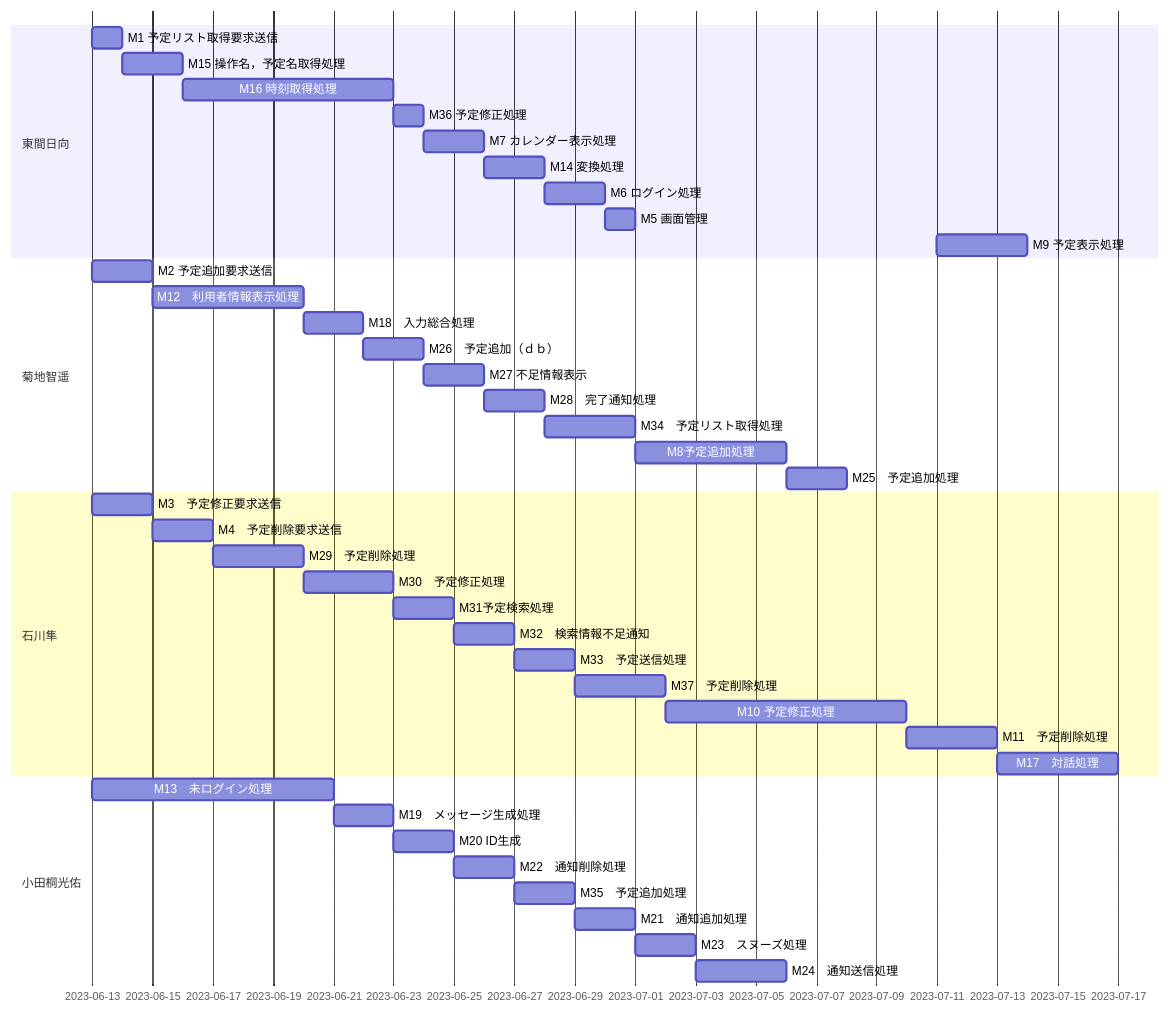
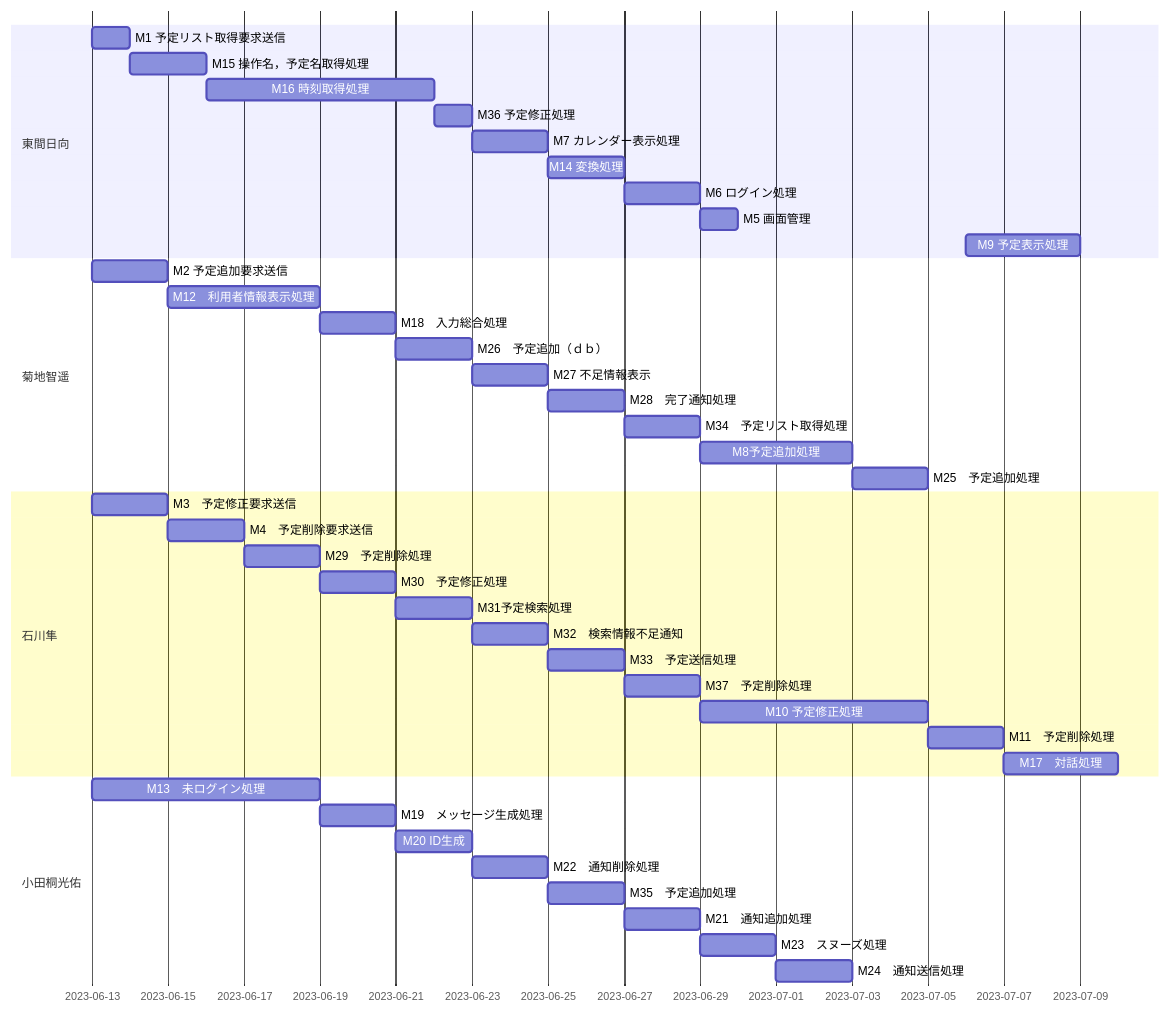
Before and after one commit to whtsht/manager: the diagram in team/gantt.md, drawn with Mermaid. The commit also changed 2 other files, not shown here.

Commit message:
team: 受入れテストに間に合うように予定を修正

````diff
--- a/team/gantt.md
+++ b/team/gantt.md
@@ -1,46 +1,46 @@
 ```mermaid
 gantt
 dateFormat YYYY-MM-DD
 section 東間日向
 M1 予定リスト取得要求送信 :a1, 2023-6-13, 1d
 M15 操作名，予定名取得処理 :a1, 2023-6-14, 2d
-M16 時刻取得処理 :a1, 2023-6-16, 7d
-M36 予定修正処理 :a1, 2023-6-23, 1d
-M7 カレンダー表示処理 :a1, 2023-6-24, 2d
-M14 変換処理 :a1, 2023-6-26, 2d
-M6 ログイン処理 :a1, 2023-6-28, 2d
-M5 画面管理 :a1, 2023-6-30, 1d
-M9 予定表示処理 :a1, 2023-7-11, 3d
+M16 時刻取得処理 :a1, 2023-6-16, 6d
+M36 予定修正処理 :a1, 2023-6-22, 1d
+M7 カレンダー表示処理 :a1, 2023-6-23, 2d
+M14 変換処理 :a1, 2023-6-25, 2d
+M6 ログイン処理 :a1, 2023-6-27, 2d
+M5 画面管理 :a1, 2023-6-29, 1d
+M9 予定表示処理 :a1, 2023-7-6, 3d
 section 菊地智遥
 M2 予定追加要求送信 :a1, 2023-6-13, 2d
-M12　利用者情報表示処理 :a1, 2023-6-15, 5d
-M18　入力総合処理 :a1, 2023-6-20, 2d
-M26　予定追加（ｄｂ） :a1, 2023-6-22, 2d
-M27 不足情報表示 :a1, 2023-6-24, 2d
-M28　完了通知処理 :a1, 2023-6-26, 2d
-M34　予定リスト取得処理 :a1, 2023-6-28, 3d
-M8予定追加処理 :a1, 2023-7-1, 5d
-M25　予定追加処理 :a1, 2023-7-6, 2d
+M12　利用者情報表示処理 :a1, 2023-6-15, 4d
+M18　入力総合処理 :a1, 2023-6-19, 2d
+M26　予定追加（ｄｂ） :a1, 2023-6-21, 2d
+M27 不足情報表示 :a1, 2023-6-23, 2d
+M28　完了通知処理 :a1, 2023-6-25, 2d
+M34　予定リスト取得処理 :a1, 2023-6-27, 2d
+M8予定追加処理 :a1, 2023-6-29, 4d
+M25　予定追加処理 :a1, 2023-7-3, 2d
 section 石川隼
 M3　予定修正要求送信 :a1, 2023-6-13, 2d
 M4　予定削除要求送信 :a1, 2023-6-15, 2d
-M29　予定削除処理 :a1, 2023-6-17, 3d
-M30　予定修正処理 :a1, 2023-6-20, 3d
-M31予定検索処理 :a1, 2023-6-23, 2d
-M32　検索情報不足通知 :a1, 2023-6-25, 2d
-M33　予定送信処理 :a1, 2023-6-27, 2d
-M37　予定削除処理 :a1, 2023-6-29, 3d
-M10 予定修正処理 :a1, 2023-7-2, 8d
-M11　予定削除処理 :a1, 2023-7-10, 3d
-M17　対話処理 :a1, 2023-7-13, 4d
+M29　予定削除処理 :a1, 2023-6-17, 2d
+M30　予定修正処理 :a1, 2023-6-19, 2d
+M31予定検索処理 :a1, 2023-6-21, 2d
+M32　検索情報不足通知 :a1, 2023-6-23, 2d
+M33　予定送信処理 :a1, 2023-6-25, 2d
+M37　予定削除処理 :a1, 2023-6-27, 2d
+M10 予定修正処理 :a1, 2023-6-29, 6d
+M11　予定削除処理 :a1, 2023-7-5, 2d
+M17　対話処理 :a1, 2023-7-7, 3d
 section 小田桐光佑
-M13　未ログイン処理 :a1, 2023-6-13, 8d
-M19　メッセージ生成処理 :a1, 2023-6-21, 2d
-M20 ID生成 :a1, 2023-6-23, 2d
-M22　通知削除処理 :a1, 2023-6-25, 2d
-M35　予定追加処理 :a1, 2023-6-27, 2d
-M21　通知追加処理 :a1, 2023-6-29, 2d
-M23　スヌーズ処理 :a1, 2023-7-1, 2d
-M24　通知送信処理 :a1, 2023-7-3, 3d
+M13　未ログイン処理 :a1, 2023-6-13, 6d
+M19　メッセージ生成処理 :a1, 2023-6-19, 2d
+M20 ID生成 :a1, 2023-6-21, 2d
+M22　通知削除処理 :a1, 2023-6-23, 2d
+M35　予定追加処理 :a1, 2023-6-25, 2d
+M21　通知追加処理 :a1, 2023-6-27, 2d
+M23　スヌーズ処理 :a1, 2023-6-29, 2d
+M24　通知送信処理 :a1, 2023-7-1, 2d
 
 ```
````
